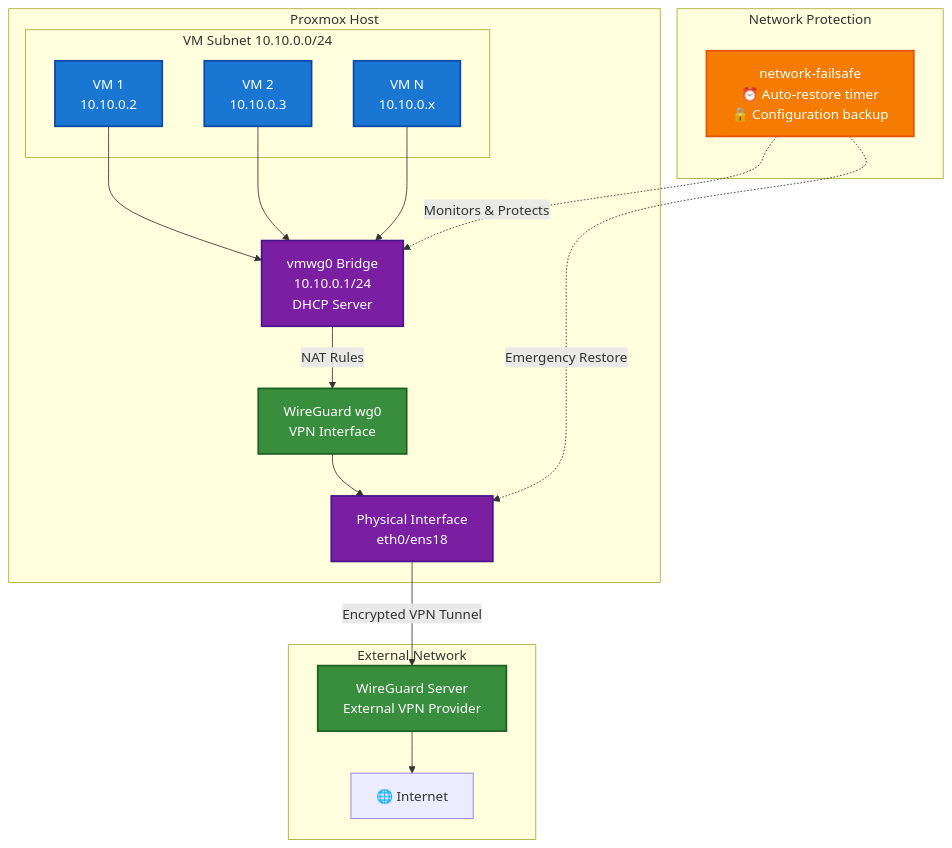
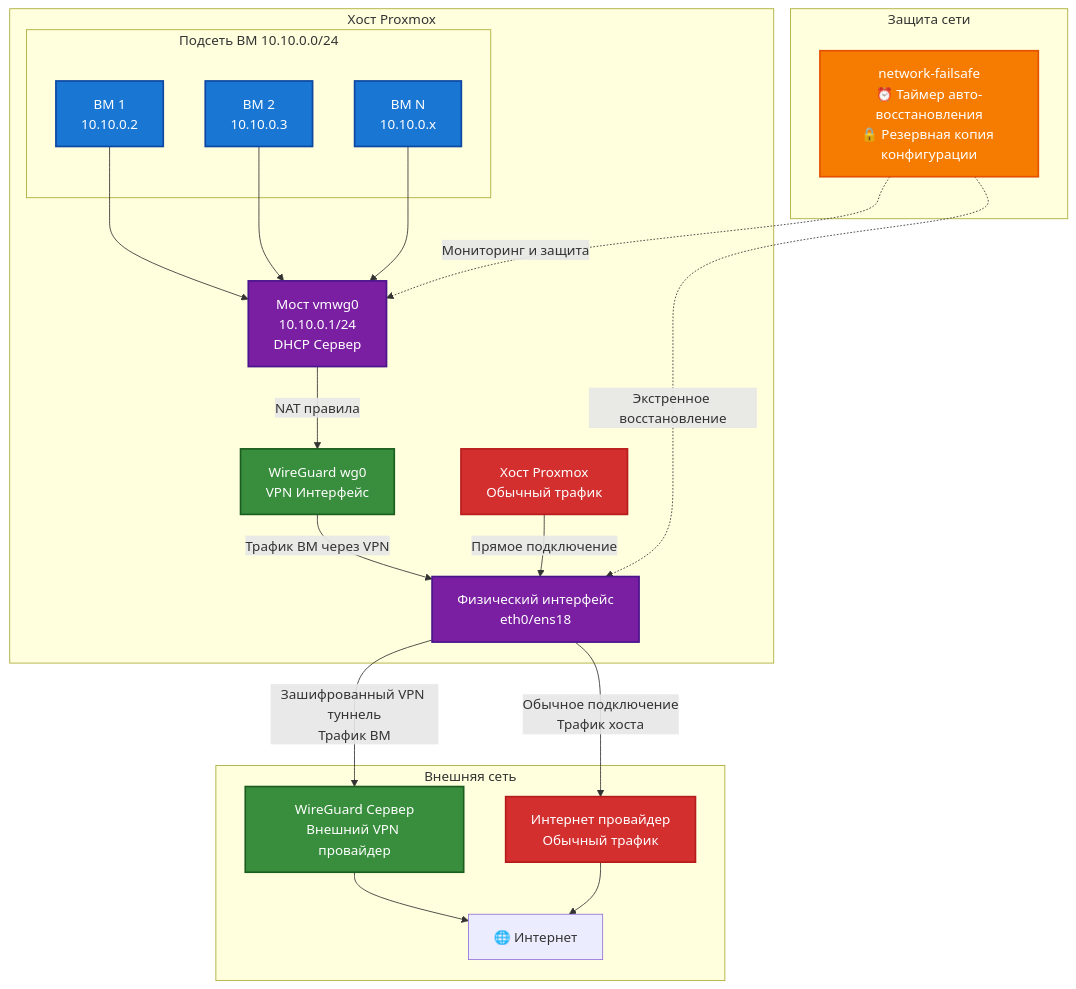
Before and after one commit to nikolai-in/pve-vmwg: the diagram in README.md, drawn with Mermaid. The commit also changed other lines of this file, not shown here.

Commit message:
🌐 перевел диаграмму на русский и разделил трафик хоста/ВМ

````diff
--- a/README.md
+++ b/README.md
@@ -42,46 +42,53 @@
 ```mermaid
 graph TB
-    subgraph "Proxmox Host"
-        subgraph "VM Subnet 10.10.0.0/24"
-            VM1["VM 1<br/>10.10.0.2"]
-            VM2["VM 2<br/>10.10.0.3"]
-            VM3["VM N<br/>10.10.0.x"]
+    subgraph "Хост Proxmox"
+        subgraph "Подсеть ВМ 10.10.0.0/24"
+            VM1["ВМ 1<br/>10.10.0.2"]
+            VM2["ВМ 2<br/>10.10.0.3"]
+            VM3["ВМ N<br/>10.10.0.x"]
         end
 
-        Bridge["vmwg0 Bridge<br/>10.10.0.1/24<br/>DHCP Server"]
-        WG["WireGuard wg0<br/>VPN Interface"]
-        Physical["Physical Interface<br/>eth0/ens18"]
+        Bridge["Мост vmwg0<br/>10.10.0.1/24<br/>DHCP Сервер"]
+        WG["WireGuard wg0<br/>VPN Интерфейс"]
+        Physical["Физический интерфейс<br/>eth0/ens18"]
+        Host["Хост Proxmox<br/>Обычный трафик"]
 
         VM1 --> Bridge
         VM2 --> Bridge
         VM3 --> Bridge
 
-        Bridge -->|NAT Rules| WG
-        WG --> Physical
+        Bridge -->|NAT правила| WG
+        WG -->|Трафик ВМ через VPN| Physical
+        Host -->|Прямое подключение| Physical
     end
 
-    subgraph "External Network"
-        VPN_Server["WireGuard Server<br/>External VPN Provider"]
-        Web["🌐 Internet"]
+    subgraph "Внешняя сеть"
+        VPN_Server["WireGuard Сервер<br/>Внешний VPN провайдер"]
+        ISP["Интернет провайдер<br/>Обычный трафик"]
+        Web["🌐 Интернет"]
     end
 
-    Physical -->|Encrypted VPN Tunnel| VPN_Server
+    Physical -->|Зашифрованный VPN туннель<br/>Трафик ВМ| VPN_Server
+    Physical -->|Обычное подключение<br/>Трафик хоста| ISP
     VPN_Server --> Web
+    ISP --> Web
 
-    subgraph "Network Protection"
-        Failsafe["network-failsafe<br/>⏰ Auto-restore timer<br/>🔒 Configuration backup"]
+    subgraph "Защита сети"
+        Failsafe["network-failsafe<br/>⏰ Таймер авто-восстановления<br/>🔒 Резервная копия конфигурации"]
     end
 
-    Failsafe -.->|Monitors & Protects| Bridge
-    Failsafe -.->|Emergency Restore| Physical
+    Failsafe -.->|Мониторинг и защита| Bridge
+    Failsafe -.->|Экстренное восстановление| Physical
 
     classDef vm fill:#1976d2,stroke:#0d47a1,stroke-width:2px,color:#ffffff
     classDef network fill:#7b1fa2,stroke:#4a148c,stroke-width:2px,color:#ffffff
     classDef vpn fill:#388e3c,stroke:#1b5e20,stroke-width:2px,color:#ffffff
     classDef protection fill:#f57c00,stroke:#e65100,stroke-width:2px,color:#ffffff
+    classDef host fill:#d32f2f,stroke:#b71c1c,stroke-width:2px,color:#ffffff
 
     class VM1,VM2,VM3 vm
     class Bridge,Physical network
     class WG,VPN_Server vpn
     class Failsafe protection
+    class Host,ISP host
 ```
````
